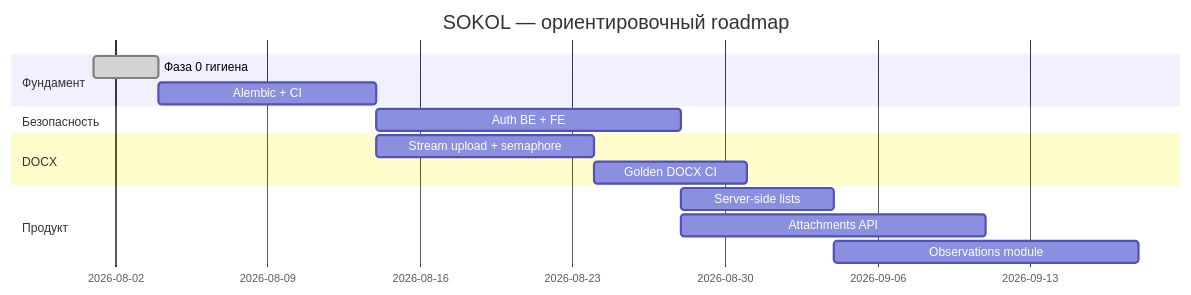
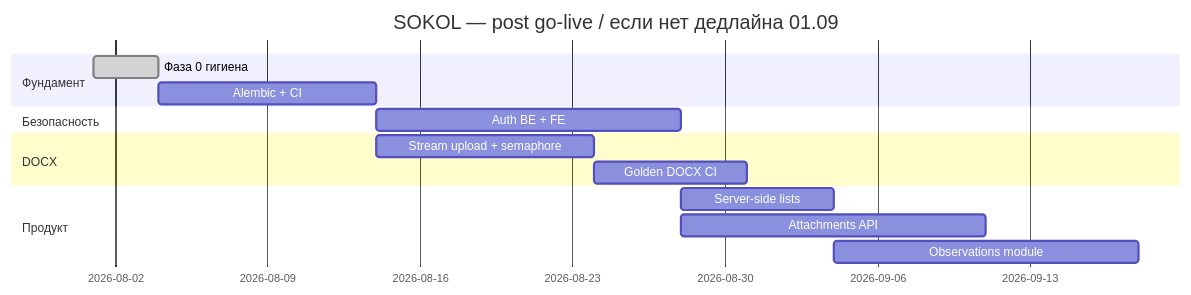
One commit to sweetd0vee/sokol changed the second of 4 diagrams in PLAN.md. Above: the diagram before and after it, drawn with Mermaid. The commit also changed other lines of this file and 18 other files, not shown here.

````diff
--- a/PLAN.md
+++ b/PLAN.md
@@ -184,17 +416,17 @@
 ```mermaid
 gantt
-  title SOKOL — ориентировочный roadmap
+  title SOKOL — post go-live / если нет дедлайна 01.09
   dateFormat YYYY-MM-DD
   section Фундамент
   Фаза 0 гигиена           :done, f0, 2026-08-01, 3d
   Alembic + CI             :f1, after f0, 10d
   section Безопасность
   Auth BE + FE             :f2, after f1, 14d
   section DOCX
   Stream upload + semaphore :f3, after f1, 10d
   Golden DOCX CI           :f3b, after f3, 7d
   section Продукт
   Server-side lists        :f4a, after f2, 7d
   Attachments API          :f4b, after f2, 14d
   Observations module      :f4c, after f4a, 14d
 ```
````
